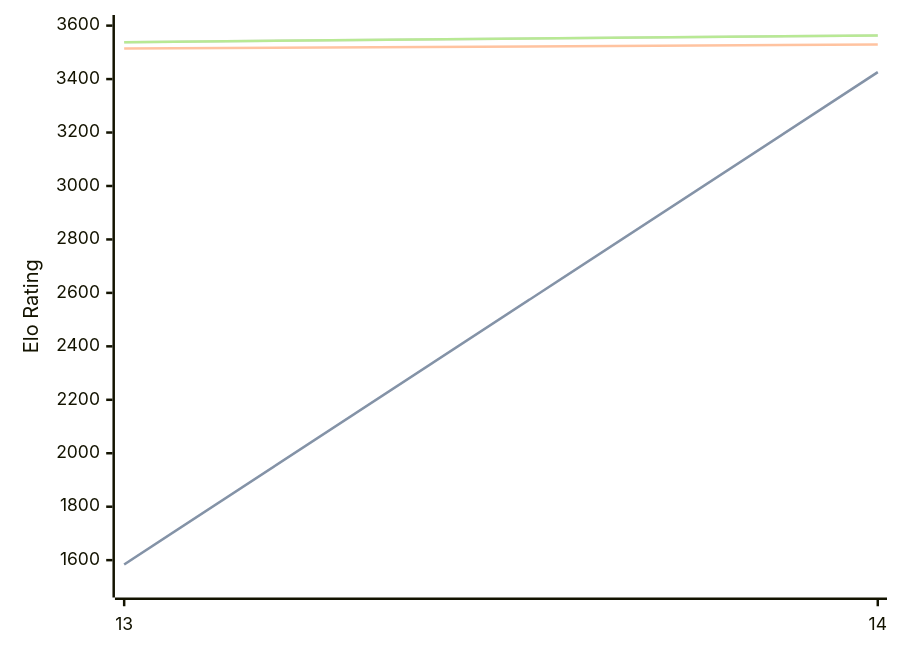
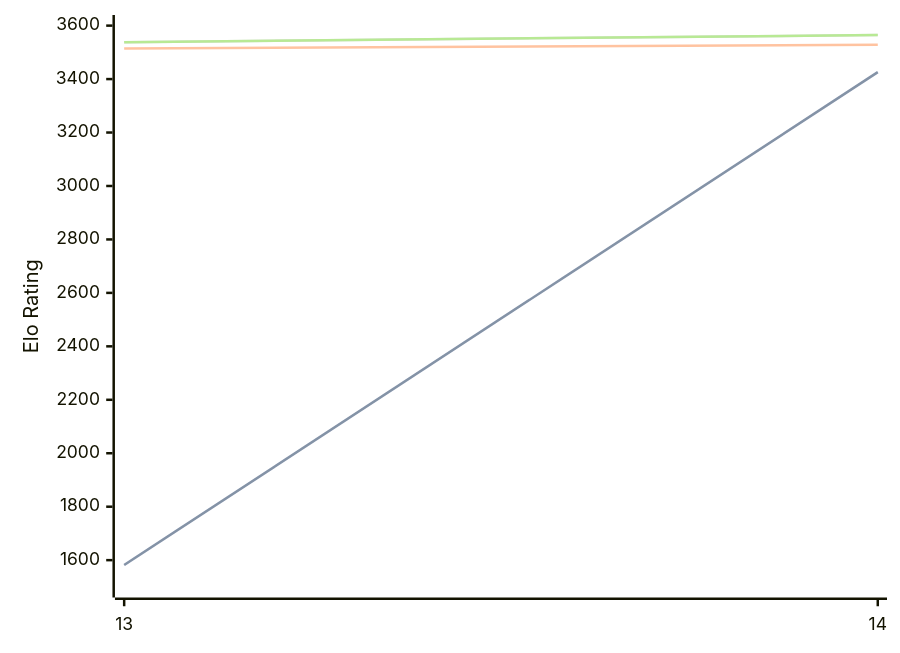
The third of 3 diagrams in engines/Berserk.md (computer-chess-index/cci), drawn with Mermaid before and after one commit. The commit also changed other lines of this file, not shown here.

Commit message:
Update CCI Ratings (ELO VLTC) - 2026-07-06

````diff
--- a/engines/Berserk.md
+++ b/engines/Berserk.md
@@ -96,11 +96,11 @@
 ```mermaid
 %%{init: {"theme":"base","themeVariables":{"seriesColors:['#a3a3a3','#222221','#faa371']}}}%%
 xychart-beta
   x-axis ["13", "14"]
   y-axis "Elo Rating" 1500 --> 3600
-  line "STC (8.0+0.08s)" [1584, 3426]
-  line "STC (8.0+0.08s)" [1584, 3426]
-  line "LTC (60.0+0.60s)" [3514, 3529]
-  line "VLTC (2m24s+1.12s)" [3538, 3563]
-  line "VLTC (2m24s+1.12s)" [3538, 3563]
+  line "STC (8.0+0.08s)" [1582, 3426]
+  line "STC (8.0+0.08s)" [1582, 3426]
+  line "LTC (60.0+0.60s)" [3514, 3528]
+  line "VLTC (2m24s+1.12s)" [3538, 3565]
+  line "VLTC (2m24s+1.12s)" [3538, 3565]
 ```
````
